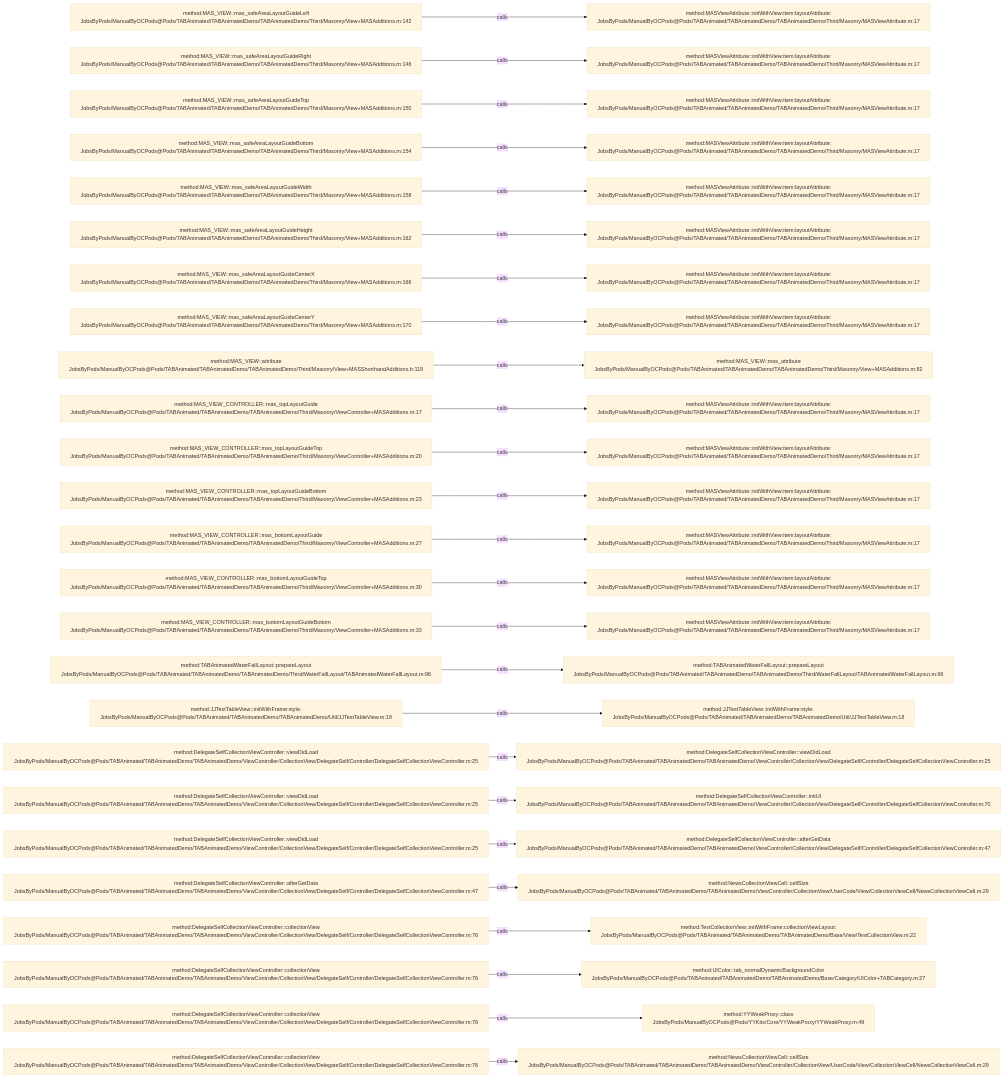
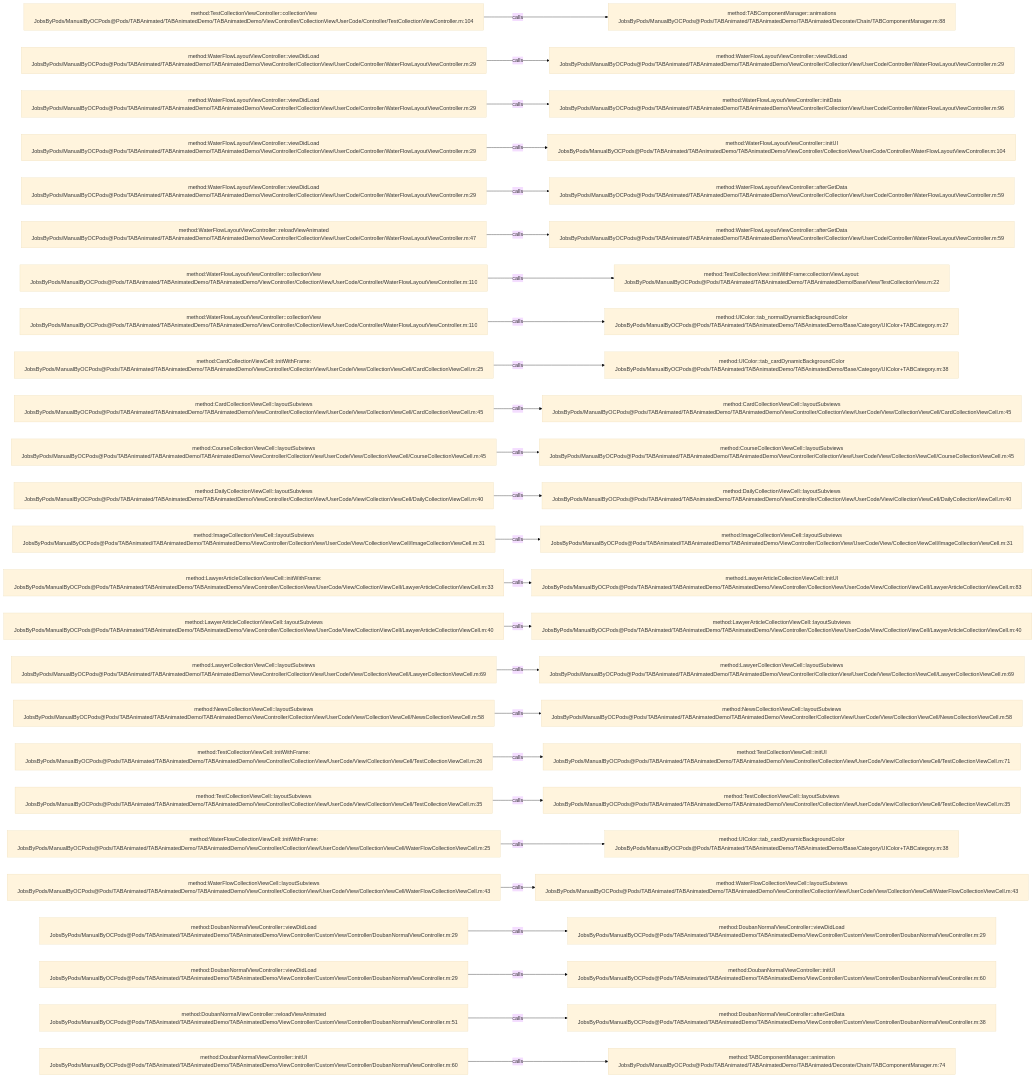
One commit to JobsKits/JobsOCBaseConfigDemo changed the diagram in .codegraph/codegraph.md/graphs/calls-055.md. Above: the diagram before and after it, drawn with Mermaid (base theme). The commit also changed 1223 other files, not shown here.

````diff
--- a/.codegraph/codegraph.md/graphs/calls-055.md
+++ b/.codegraph/codegraph.md/graphs/calls-055.md
@@ -13,78 +13,78 @@
 ```mermaid
 flowchart LR
-  S1["method:MAS_VIEW::mas_safeAreaLayoutGuideLeft<br/>JobsByPods/ManualByOCPods@Pods/TABAnimated/TABAnimatedDemo/TABAnimatedDemo/Third/Masonry/View+MASAdditions.m:142"]
-  T1["method:MASViewAttribute::initWithView:item:layoutAttribute:<br/>JobsByPods/ManualByOCPods@Pods/TABAnimated/TABAnimatedDemo/TABAnimatedDemo/Third/Masonry/MASViewAttribute.m:17"]
+  S1["method:TestCollectionViewController::collectionView<br/>JobsByPods/ManualByOCPods@Pods/TABAnimated/TABAnimatedDemo/TABAnimatedDemo/ViewController/CollectionView/UserCode/Controller/TestCollectionViewController.m:104"]
+  T1["method:TABComponentManager::animations<br/>JobsByPods/ManualByOCPods@Pods/TABAnimated/TABAnimatedDemo/TABAnimated/Decorate/Chain/TABComponentManager.m:88"]
   S1 -->|calls| T1
-  S2["method:MAS_VIEW::mas_safeAreaLayoutGuideRight<br/>JobsByPods/ManualByOCPods@Pods/TABAnimated/TABAnimatedDemo/TABAnimatedDemo/Third/Masonry/View+MASAdditions.m:146"]
-  T2["method:MASViewAttribute::initWithView:item:layoutAttribute:<br/>JobsByPods/ManualByOCPods@Pods/TABAnimated/TABAnimatedDemo/TABAnimatedDemo/Third/Masonry/MASViewAttribute.m:17"]
+  S2["method:WaterFlowLayoutViewController::viewDidLoad<br/>JobsByPods/ManualByOCPods@Pods/TABAnimated/TABAnimatedDemo/TABAnimatedDemo/ViewController/CollectionView/UserCode/Controller/WaterFlowLayoutViewController.m:29"]
+  T2["method:WaterFlowLayoutViewController::viewDidLoad<br/>JobsByPods/ManualByOCPods@Pods/TABAnimated/TABAnimatedDemo/TABAnimatedDemo/ViewController/CollectionView/UserCode/Controller/WaterFlowLayoutViewController.m:29"]
   S2 -->|calls| T2
-  S3["method:MAS_VIEW::mas_safeAreaLayoutGuideTop<br/>JobsByPods/ManualByOCPods@Pods/TABAnimated/TABAnimatedDemo/TABAnimatedDemo/Third/Masonry/View+MASAdditions.m:150"]
-  T3["method:MASViewAttribute::initWithView:item:layoutAttribute:<br/>JobsByPods/ManualByOCPods@Pods/TABAnimated/TABAnimatedDemo/TABAnimatedDemo/Third/Masonry/MASViewAttribute.m:17"]
+  S3["method:WaterFlowLayoutViewController::viewDidLoad<br/>JobsByPods/ManualByOCPods@Pods/TABAnimated/TABAnimatedDemo/TABAnimatedDemo/ViewController/CollectionView/UserCode/Controller/WaterFlowLayoutViewController.m:29"]
+  T3["method:WaterFlowLayoutViewController::initData<br/>JobsByPods/ManualByOCPods@Pods/TABAnimated/TABAnimatedDemo/TABAnimatedDemo/ViewController/CollectionView/UserCode/Controller/WaterFlowLayoutViewController.m:96"]
   S3 -->|calls| T3
-  S4["method:MAS_VIEW::mas_safeAreaLayoutGuideBottom<br/>JobsByPods/ManualByOCPods@Pods/TABAnimated/TABAnimatedDemo/TABAnimatedDemo/Third/Masonry/View+MASAdditions.m:154"]
-  T4["method:MASViewAttribute::initWithView:item:layoutAttribute:<br/>JobsByPods/ManualByOCPods@Pods/TABAnimated/TABAnimatedDemo/TABAnimatedDemo/Third/Masonry/MASViewAttribute.m:17"]
+  S4["method:WaterFlowLayoutViewController::viewDidLoad<br/>JobsByPods/ManualByOCPods@Pods/TABAnimated/TABAnimatedDemo/TABAnimatedDemo/ViewController/CollectionView/UserCode/Controller/WaterFlowLayoutViewController.m:29"]
+  T4["method:WaterFlowLayoutViewController::initUI<br/>JobsByPods/ManualByOCPods@Pods/TABAnimated/TABAnimatedDemo/TABAnimatedDemo/ViewController/CollectionView/UserCode/Controller/WaterFlowLayoutViewController.m:104"]
   S4 -->|calls| T4
-  S5["method:MAS_VIEW::mas_safeAreaLayoutGuideWidth<br/>JobsByPods/ManualByOCPods@Pods/TABAnimated/TABAnimatedDemo/TABAnimatedDemo/Third/Masonry/View+MASAdditions.m:158"]
-  T5["method:MASViewAttribute::initWithView:item:layoutAttribute:<br/>JobsByPods/ManualByOCPods@Pods/TABAnimated/TABAnimatedDemo/TABAnimatedDemo/Third/Masonry/MASViewAttribute.m:17"]
+  S5["method:WaterFlowLayoutViewController::viewDidLoad<br/>JobsByPods/ManualByOCPods@Pods/TABAnimated/TABAnimatedDemo/TABAnimatedDemo/ViewController/CollectionView/UserCode/Controller/WaterFlowLayoutViewController.m:29"]
+  T5["method:WaterFlowLayoutViewController::afterGetData<br/>JobsByPods/ManualByOCPods@Pods/TABAnimated/TABAnimatedDemo/TABAnimatedDemo/ViewController/CollectionView/UserCode/Controller/WaterFlowLayoutViewController.m:59"]
   S5 -->|calls| T5
-  S6["method:MAS_VIEW::mas_safeAreaLayoutGuideHeight<br/>JobsByPods/ManualByOCPods@Pods/TABAnimated/TABAnimatedDemo/TABAnimatedDemo/Third/Masonry/View+MASAdditions.m:162"]
-  T6["method:MASViewAttribute::initWithView:item:layoutAttribute:<br/>JobsByPods/ManualByOCPods@Pods/TABAnimated/TABAnimatedDemo/TABAnimatedDemo/Third/Masonry/MASViewAttribute.m:17"]
+  S6["method:WaterFlowLayoutViewController::reloadViewAnimated<br/>JobsByPods/ManualByOCPods@Pods/TABAnimated/TABAnimatedDemo/TABAnimatedDemo/ViewController/CollectionView/UserCode/Controller/WaterFlowLayoutViewController.m:47"]
+  T6["method:WaterFlowLayoutViewController::afterGetData<br/>JobsByPods/ManualByOCPods@Pods/TABAnimated/TABAnimatedDemo/TABAnimatedDemo/ViewController/CollectionView/UserCode/Controller/WaterFlowLayoutViewController.m:59"]
   S6 -->|calls| T6
-  S7["method:MAS_VIEW::mas_safeAreaLayoutGuideCenterX<br/>JobsByPods/ManualByOCPods@Pods/TABAnimated/TABAnimatedDemo/TABAnimatedDemo/Third/Masonry/View+MASAdditions.m:166"]
-  T7["method:MASViewAttribute::initWithView:item:layoutAttribute:<br/>JobsByPods/ManualByOCPods@Pods/TABAnimated/TABAnimatedDemo/TABAnimatedDemo/Third/Masonry/MASViewAttribute.m:17"]
+  S7["method:WaterFlowLayoutViewController::collectionView<br/>JobsByPods/ManualByOCPods@Pods/TABAnimated/TABAnimatedDemo/TABAnimatedDemo/ViewController/CollectionView/UserCode/Controller/WaterFlowLayoutViewController.m:110"]
+  T7["method:TestCollectionView::initWithFrame:collectionViewLayout:<br/>JobsByPods/ManualByOCPods@Pods/TABAnimated/TABAnimatedDemo/TABAnimatedDemo/Base/View/TestCollectionView.m:22"]
   S7 -->|calls| T7
-  S8["method:MAS_VIEW::mas_safeAreaLayoutGuideCenterY<br/>JobsByPods/ManualByOCPods@Pods/TABAnimated/TABAnimatedDemo/TABAnimatedDemo/Third/Masonry/View+MASAdditions.m:170"]
-  T8["method:MASViewAttribute::initWithView:item:layoutAttribute:<br/>JobsByPods/ManualByOCPods@Pods/TABAnimated/TABAnimatedDemo/TABAnimatedDemo/Third/Masonry/MASViewAttribute.m:17"]
+  S8["method:WaterFlowLayoutViewController::collectionView<br/>JobsByPods/ManualByOCPods@Pods/TABAnimated/TABAnimatedDemo/TABAnimatedDemo/ViewController/CollectionView/UserCode/Controller/WaterFlowLayoutViewController.m:110"]
+  T8["method:UIColor::tab_normalDynamicBackgroundColor<br/>JobsByPods/ManualByOCPods@Pods/TABAnimated/TABAnimatedDemo/TABAnimatedDemo/Base/Category/UIColor+TABCategory.m:27"]
   S8 -->|calls| T8
-  S9["method:MAS_VIEW::attribute<br/>JobsByPods/ManualByOCPods@Pods/TABAnimated/TABAnimatedDemo/TABAnimatedDemo/Third/Masonry/View+MASShorthandAdditions.h:119"]
-  T9["method:MAS_VIEW::mas_attribute<br/>JobsByPods/ManualByOCPods@Pods/TABAnimated/TABAnimatedDemo/TABAnimatedDemo/Third/Masonry/View+MASAdditions.m:82"]
+  S9["method:CardCollectionViewCell::initWithFrame:<br/>JobsByPods/ManualByOCPods@Pods/TABAnimated/TABAnimatedDemo/TABAnimatedDemo/ViewController/CollectionView/UserCode/View/CollectionViewCell/CardCollectionViewCell.m:25"]
+  T9["method:UIColor::tab_cardDynamicBackgroundColor<br/>JobsByPods/ManualByOCPods@Pods/TABAnimated/TABAnimatedDemo/TABAnimatedDemo/Base/Category/UIColor+TABCategory.m:38"]
   S9 -->|calls| T9
-  S10["method:MAS_VIEW_CONTROLLER::mas_topLayoutGuide<br/>JobsByPods/ManualByOCPods@Pods/TABAnimated/TABAnimatedDemo/TABAnimatedDemo/Third/Masonry/ViewController+MASAdditions.m:17"]
-  T10["method:MASViewAttribute::initWithView:item:layoutAttribute:<br/>JobsByPods/ManualByOCPods@Pods/TABAnimated/TABAnimatedDemo/TABAnimatedDemo/Third/Masonry/MASViewAttribute.m:17"]
+  S10["method:CardCollectionViewCell::layoutSubviews<br/>JobsByPods/ManualByOCPods@Pods/TABAnimated/TABAnimatedDemo/TABAnimatedDemo/ViewController/CollectionView/UserCode/View/CollectionViewCell/CardCollectionViewCell.m:45"]
+  T10["method:CardCollectionViewCell::layoutSubviews<br/>JobsByPods/ManualByOCPods@Pods/TABAnimated/TABAnimatedDemo/TABAnimatedDemo/ViewController/CollectionView/UserCode/View/CollectionViewCell/CardCollectionViewCell.m:45"]
   S10 -->|calls| T10
-  S11["method:MAS_VIEW_CONTROLLER::mas_topLayoutGuideTop<br/>JobsByPods/ManualByOCPods@Pods/TABAnimated/TABAnimatedDemo/TABAnimatedDemo/Third/Masonry/ViewController+MASAdditions.m:20"]
-  T11["method:MASViewAttribute::initWithView:item:layoutAttribute:<br/>JobsByPods/ManualByOCPods@Pods/TABAnimated/TABAnimatedDemo/TABAnimatedDemo/Third/Masonry/MASViewAttribute.m:17"]
+  S11["method:CourseCollectionViewCell::layoutSubviews<br/>JobsByPods/ManualByOCPods@Pods/TABAnimated/TABAnimatedDemo/TABAnimatedDemo/ViewController/CollectionView/UserCode/View/CollectionViewCell/CourseCollectionViewCell.m:45"]
+  T11["method:CourseCollectionViewCell::layoutSubviews<br/>JobsByPods/ManualByOCPods@Pods/TABAnimated/TABAnimatedDemo/TABAnimatedDemo/ViewController/CollectionView/UserCode/View/CollectionViewCell/CourseCollectionViewCell.m:45"]
   S11 -->|calls| T11
-  S12["method:MAS_VIEW_CONTROLLER::mas_topLayoutGuideBottom<br/>JobsByPods/ManualByOCPods@Pods/TABAnimated/TABAnimatedDemo/TABAnimatedDemo/Third/Masonry/ViewController+MASAdditions.m:23"]
-  T12["method:MASViewAttribute::initWithView:item:layoutAttribute:<br/>JobsByPods/ManualByOCPods@Pods/TABAnimated/TABAnimatedDemo/TABAnimatedDemo/Third/Masonry/MASViewAttribute.m:17"]
+  S12["method:DailyCollectionViewCell::layoutSubviews<br/>JobsByPods/ManualByOCPods@Pods/TABAnimated/TABAnimatedDemo/TABAnimatedDemo/ViewController/CollectionView/UserCode/View/CollectionViewCell/DailyCollectionViewCell.m:40"]
+  T12["method:DailyCollectionViewCell::layoutSubviews<br/>JobsByPods/ManualByOCPods@Pods/TABAnimated/TABAnimatedDemo/TABAnimatedDemo/ViewController/CollectionView/UserCode/View/CollectionViewCell/DailyCollectionViewCell.m:40"]
   S12 -->|calls| T12
-  S13["method:MAS_VIEW_CONTROLLER::mas_bottomLayoutGuide<br/>JobsByPods/ManualByOCPods@Pods/TABAnimated/TABAnimatedDemo/TABAnimatedDemo/Third/Masonry/ViewController+MASAdditions.m:27"]
-  T13["method:MASViewAttribute::initWithView:item:layoutAttribute:<br/>JobsByPods/ManualByOCPods@Pods/TABAnimated/TABAnimatedDemo/TABAnimatedDemo/Third/Masonry/MASViewAttribute.m:17"]
+  S13["method:ImageCollectionViewCell::layoutSubviews<br/>JobsByPods/ManualByOCPods@Pods/TABAnimated/TABAnimatedDemo/TABAnimatedDemo/ViewController/CollectionView/UserCode/View/CollectionViewCell/ImageCollectionViewCell.m:31"]
+  T13["method:ImageCollectionViewCell::layoutSubviews<br/>JobsByPods/ManualByOCPods@Pods/TABAnimated/TABAnimatedDemo/TABAnimatedDemo/ViewController/CollectionView/UserCode/View/CollectionViewCell/ImageCollectionViewCell.m:31"]
   S13 -->|calls| T13
-  S14["method:MAS_VIEW_CONTROLLER::mas_bottomLayoutGuideTop<br/>JobsByPods/ManualByOCPods@Pods/TABAnimated/TABAnimatedDemo/TABAnimatedDemo/Third/Masonry/ViewController+MASAdditions.m:30"]
-  T14["method:MASViewAttribute::initWithView:item:layoutAttribute:<br/>JobsByPods/ManualByOCPods@Pods/TABAnimated/TABAnimatedDemo/TABAnimatedDemo/Third/Masonry/MASViewAttribute.m:17"]
+  S14["method:LawyerArticleCollectionViewCell::initWithFrame:<br/>JobsByPods/ManualByOCPods@Pods/TABAnimated/TABAnimatedDemo/TABAnimatedDemo/ViewController/CollectionView/UserCode/View/CollectionViewCell/LawyerArticleCollectionViewCell.m:33"]
+  T14["method:LawyerArticleCollectionViewCell::initUI<br/>JobsByPods/ManualByOCPods@Pods/TABAnimated/TABAnimatedDemo/TABAnimatedDemo/ViewController/CollectionView/UserCode/View/CollectionViewCell/LawyerArticleCollectionViewCell.m:83"]
   S14 -->|calls| T14
-  S15["method:MAS_VIEW_CONTROLLER::mas_bottomLayoutGuideBottom<br/>JobsByPods/ManualByOCPods@Pods/TABAnimated/TABAnimatedDemo/TABAnimatedDemo/Third/Masonry/ViewController+MASAdditions.m:33"]
-  T15["method:MASViewAttribute::initWithView:item:layoutAttribute:<br/>JobsByPods/ManualByOCPods@Pods/TABAnimated/TABAnimatedDemo/TABAnimatedDemo/Third/Masonry/MASViewAttribute.m:17"]
+  S15["method:LawyerArticleCollectionViewCell::layoutSubviews<br/>JobsByPods/ManualByOCPods@Pods/TABAnimated/TABAnimatedDemo/TABAnimatedDemo/ViewController/CollectionView/UserCode/View/CollectionViewCell/LawyerArticleCollectionViewCell.m:40"]
+  T15["method:LawyerArticleCollectionViewCell::layoutSubviews<br/>JobsByPods/ManualByOCPods@Pods/TABAnimated/TABAnimatedDemo/TABAnimatedDemo/ViewController/CollectionView/UserCode/View/CollectionViewCell/LawyerArticleCollectionViewCell.m:40"]
   S15 -->|calls| T15
-  S16["method:TABAnimatedWaterFallLayout::prepareLayout<br/>JobsByPods/ManualByOCPods@Pods/TABAnimated/TABAnimatedDemo/TABAnimatedDemo/Third/WaterFallLayout/TABAnimatedWaterFallLayout.m:96"]
-  T16["method:TABAnimatedWaterFallLayout::prepareLayout<br/>JobsByPods/ManualByOCPods@Pods/TABAnimated/TABAnimatedDemo/TABAnimatedDemo/Third/WaterFallLayout/TABAnimatedWaterFallLayout.m:96"]
+  S16["method:LawyerCollectionViewCell::layoutSubviews<br/>JobsByPods/ManualByOCPods@Pods/TABAnimated/TABAnimatedDemo/TABAnimatedDemo/ViewController/CollectionView/UserCode/View/CollectionViewCell/LawyerCollectionViewCell.m:69"]
+  T16["method:LawyerCollectionViewCell::layoutSubviews<br/>JobsByPods/ManualByOCPods@Pods/TABAnimated/TABAnimatedDemo/TABAnimatedDemo/ViewController/CollectionView/UserCode/View/CollectionViewCell/LawyerCollectionViewCell.m:69"]
   S16 -->|calls| T16
-  S17["method:JJTestTableView::initWithFrame:style:<br/>JobsByPods/ManualByOCPods@Pods/TABAnimated/TABAnimatedDemo/TABAnimatedDemo/Util/JJTestTableView.m:18"]
-  T17["method:JJTestTableView::initWithFrame:style:<br/>JobsByPods/ManualByOCPods@Pods/TABAnimated/TABAnimatedDemo/TABAnimatedDemo/Util/JJTestTableView.m:18"]
+  S17["method:NewsCollectionViewCell::layoutSubviews<br/>JobsByPods/ManualByOCPods@Pods/TABAnimated/TABAnimatedDemo/TABAnimatedDemo/ViewController/CollectionView/UserCode/View/CollectionViewCell/NewsCollectionViewCell.m:58"]
+  T17["method:NewsCollectionViewCell::layoutSubviews<br/>JobsByPods/ManualByOCPods@Pods/TABAnimated/TABAnimatedDemo/TABAnimatedDemo/ViewController/CollectionView/UserCode/View/CollectionViewCell/NewsCollectionViewCell.m:58"]
   S17 -->|calls| T17
-  S18["method:DelegateSelfCollectionViewController::viewDidLoad<br/>JobsByPods/ManualByOCPods@Pods/TABAnimated/TABAnimatedDemo/TABAnimatedDemo/ViewController/CollectionView/DelegateSelf/Controller/DelegateSelfCollectionViewController.m:25"]
-  T18["method:DelegateSelfCollectionViewController::viewDidLoad<br/>JobsByPods/ManualByOCPods@Pods/TABAnimated/TABAnimatedDemo/TABAnimatedDemo/ViewController/CollectionView/DelegateSelf/Controller/DelegateSelfCollectionViewController.m:25"]
+  S18["method:TestCollectionViewCell::initWithFrame:<br/>JobsByPods/ManualByOCPods@Pods/TABAnimated/TABAnimatedDemo/TABAnimatedDemo/ViewController/CollectionView/UserCode/View/CollectionViewCell/TestCollectionViewCell.m:26"]
+  T18["method:TestCollectionViewCell::initUI<br/>JobsByPods/ManualByOCPods@Pods/TABAnimated/TABAnimatedDemo/TABAnimatedDemo/ViewController/CollectionView/UserCode/View/CollectionViewCell/TestCollectionViewCell.m:71"]
   S18 -->|calls| T18
-  S19["method:DelegateSelfCollectionViewController::viewDidLoad<br/>JobsByPods/ManualByOCPods@Pods/TABAnimated/TABAnimatedDemo/TABAnimatedDemo/ViewController/CollectionView/DelegateSelf/Controller/DelegateSelfCollectionViewController.m:25"]
-  T19["method:DelegateSelfCollectionViewController::initUI<br/>JobsByPods/ManualByOCPods@Pods/TABAnimated/TABAnimatedDemo/TABAnimatedDemo/ViewController/CollectionView/DelegateSelf/Controller/DelegateSelfCollectionViewController.m:70"]
+  S19["method:TestCollectionViewCell::layoutSubviews<br/>JobsByPods/ManualByOCPods@Pods/TABAnimated/TABAnimatedDemo/TABAnimatedDemo/ViewController/CollectionView/UserCode/View/CollectionViewCell/TestCollectionViewCell.m:35"]
+  T19["method:TestCollectionViewCell::layoutSubviews<br/>JobsByPods/ManualByOCPods@Pods/TABAnimated/TABAnimatedDemo/TABAnimatedDemo/ViewController/CollectionView/UserCode/View/CollectionViewCell/TestCollectionViewCell.m:35"]
   S19 -->|calls| T19
-  S20["method:DelegateSelfCollectionViewController::viewDidLoad<br/>JobsByPods/ManualByOCPods@Pods/TABAnimated/TABAnimatedDemo/TABAnimatedDemo/ViewController/CollectionView/DelegateSelf/Controller/DelegateSelfCollectionViewController.m:25"]
-  T20["method:DelegateSelfCollectionViewController::afterGetData<br/>JobsByPods/ManualByOCPods@Pods/TABAnimated/TABAnimatedDemo/TABAnimatedDemo/ViewController/CollectionView/DelegateSelf/Controller/DelegateSelfCollectionViewController.m:47"]
+  S20["method:WaterFlowCollectionViewCell::initWithFrame:<br/>JobsByPods/ManualByOCPods@Pods/TABAnimated/TABAnimatedDemo/TABAnimatedDemo/ViewController/CollectionView/UserCode/View/CollectionViewCell/WaterFlowCollectionViewCell.m:25"]
+  T20["method:UIColor::tab_cardDynamicBackgroundColor<br/>JobsByPods/ManualByOCPods@Pods/TABAnimated/TABAnimatedDemo/TABAnimatedDemo/Base/Category/UIColor+TABCategory.m:38"]
   S20 -->|calls| T20
-  S21["method:DelegateSelfCollectionViewController::afterGetData<br/>JobsByPods/ManualByOCPods@Pods/TABAnimated/TABAnimatedDemo/TABAnimatedDemo/ViewController/CollectionView/DelegateSelf/Controller/DelegateSelfCollectionViewController.m:47"]
-  T21["method:NewsCollectionViewCell::cellSize<br/>JobsByPods/ManualByOCPods@Pods/TABAnimated/TABAnimatedDemo/TABAnimatedDemo/ViewController/CollectionView/UserCode/View/CollectionViewCell/NewsCollectionViewCell.m:29"]
+  S21["method:WaterFlowCollectionViewCell::layoutSubviews<br/>JobsByPods/ManualByOCPods@Pods/TABAnimated/TABAnimatedDemo/TABAnimatedDemo/ViewController/CollectionView/UserCode/View/CollectionViewCell/WaterFlowCollectionViewCell.m:43"]
+  T21["method:WaterFlowCollectionViewCell::layoutSubviews<br/>JobsByPods/ManualByOCPods@Pods/TABAnimated/TABAnimatedDemo/TABAnimatedDemo/ViewController/CollectionView/UserCode/View/CollectionViewCell/WaterFlowCollectionViewCell.m:43"]
   S21 -->|calls| T21
-  S22["method:DelegateSelfCollectionViewController::collectionView<br/>JobsByPods/ManualByOCPods@Pods/TABAnimated/TABAnimatedDemo/TABAnimatedDemo/ViewController/CollectionView/DelegateSelf/Controller/DelegateSelfCollectionViewController.m:76"]
-  T22["method:TestCollectionView::initWithFrame:collectionViewLayout:<br/>JobsByPods/ManualByOCPods@Pods/TABAnimated/TABAnimatedDemo/TABAnimatedDemo/Base/View/TestCollectionView.m:22"]
+  S22["method:DoubanNormalViewController::viewDidLoad<br/>JobsByPods/ManualByOCPods@Pods/TABAnimated/TABAnimatedDemo/TABAnimatedDemo/ViewController/CustomView/Controller/DoubanNormalViewController.m:29"]
+  T22["method:DoubanNormalViewController::viewDidLoad<br/>JobsByPods/ManualByOCPods@Pods/TABAnimated/TABAnimatedDemo/TABAnimatedDemo/ViewController/CustomView/Controller/DoubanNormalViewController.m:29"]
   S22 -->|calls| T22
-  S23["method:DelegateSelfCollectionViewController::collectionView<br/>JobsByPods/ManualByOCPods@Pods/TABAnimated/TABAnimatedDemo/TABAnimatedDemo/ViewController/CollectionView/DelegateSelf/Controller/DelegateSelfCollectionViewController.m:76"]
-  T23["method:UIColor::tab_normalDynamicBackgroundColor<br/>JobsByPods/ManualByOCPods@Pods/TABAnimated/TABAnimatedDemo/TABAnimatedDemo/Base/Category/UIColor+TABCategory.m:27"]
+  S23["method:DoubanNormalViewController::viewDidLoad<br/>JobsByPods/ManualByOCPods@Pods/TABAnimated/TABAnimatedDemo/TABAnimatedDemo/ViewController/CustomView/Controller/DoubanNormalViewController.m:29"]
+  T23["method:DoubanNormalViewController::initUI<br/>JobsByPods/ManualByOCPods@Pods/TABAnimated/TABAnimatedDemo/TABAnimatedDemo/ViewController/CustomView/Controller/DoubanNormalViewController.m:60"]
   S23 -->|calls| T23
-  S24["method:DelegateSelfCollectionViewController::collectionView<br/>JobsByPods/ManualByOCPods@Pods/TABAnimated/TABAnimatedDemo/TABAnimatedDemo/ViewController/CollectionView/DelegateSelf/Controller/DelegateSelfCollectionViewController.m:76"]
-  T24["method:YYWeakProxy::class<br/>JobsByPods/ManualByOCPods@Pods/YYKits/Core/YYWeakProxy/YYWeakProxy.m:49"]
+  S24["method:DoubanNormalViewController::reloadViewAnimated<br/>JobsByPods/ManualByOCPods@Pods/TABAnimated/TABAnimatedDemo/TABAnimatedDemo/ViewController/CustomView/Controller/DoubanNormalViewController.m:51"]
+  T24["method:DoubanNormalViewController::afterGetData<br/>JobsByPods/ManualByOCPods@Pods/TABAnimated/TABAnimatedDemo/TABAnimatedDemo/ViewController/CustomView/Controller/DoubanNormalViewController.m:38"]
   S24 -->|calls| T24
-  S25["method:DelegateSelfCollectionViewController::collectionView<br/>JobsByPods/ManualByOCPods@Pods/TABAnimated/TABAnimatedDemo/TABAnimatedDemo/ViewController/CollectionView/DelegateSelf/Controller/DelegateSelfCollectionViewController.m:76"]
-  T25["method:NewsCollectionViewCell::cellSize<br/>JobsByPods/ManualByOCPods@Pods/TABAnimated/TABAnimatedDemo/TABAnimatedDemo/ViewController/CollectionView/UserCode/View/CollectionViewCell/NewsCollectionViewCell.m:29"]
+  S25["method:DoubanNormalViewController::initUI<br/>JobsByPods/ManualByOCPods@Pods/TABAnimated/TABAnimatedDemo/TABAnimatedDemo/ViewController/CustomView/Controller/DoubanNormalViewController.m:60"]
+  T25["method:TABComponentManager::animation<br/>JobsByPods/ManualByOCPods@Pods/TABAnimated/TABAnimatedDemo/TABAnimated/Decorate/Chain/TABComponentManager.m:74"]
   S25 -->|calls| T25
 ```
````
